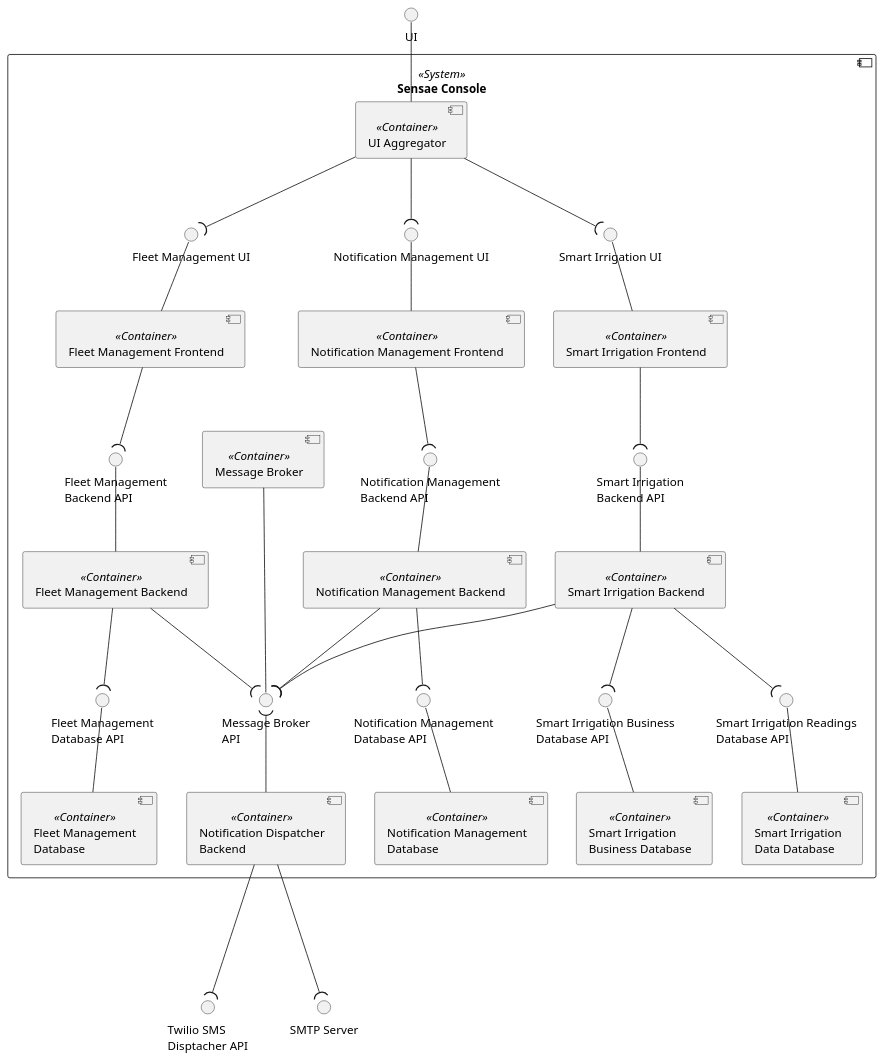
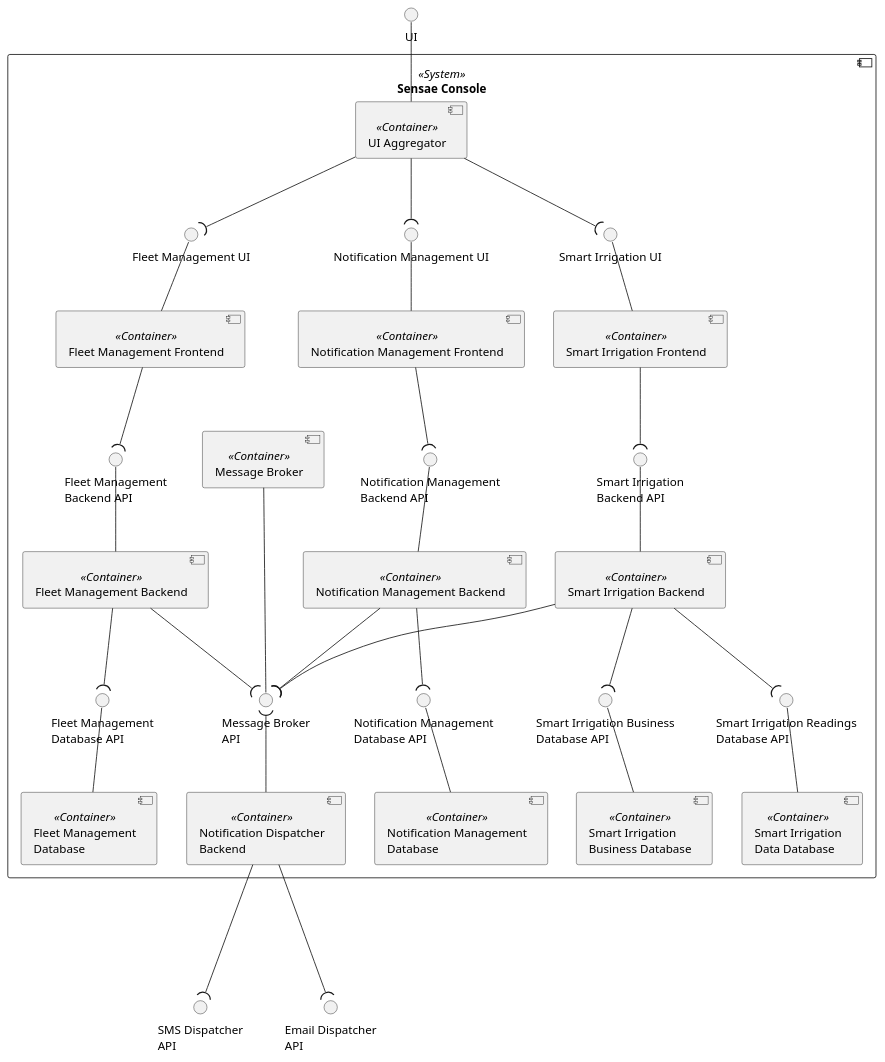
The diagram in assets/diagrams/design/architectural/level2/logical/service.pu (FilipeMCruz/dissertation), drawn with PlantUML before and after one commit. The commit also changed 77 other files, not shown here.

Commit message:
Added some more diagrams

```diff
--- a/assets/diagrams/design/architectural/level2/logical/service.pu
+++ b/assets/diagrams/design/architectural/level2/logical/service.pu
@@ -1,80 +1,80 @@
 @startuml service
 
 skinparam sequenceMessageAlign center
 skinparam Shadowing false
 skinparam componentStyle uml2
 skinparam packageStyle rectangle
 
 interface "UI" as UI
 
-interface "Twilio SMS\nDisptacher API" as SMS_ENDPOINT
-interface "SMTP Server" as SMTP_ENDPOINT
+interface "SMS Dispatcher\nAPI" as SMTP_ENDPOINT
+interface "Email Dispatcher\nAPI" as SMS_ENDPOINT
 
 component "Sensae Console" <<System>> {
     component "UI Aggregator" as UIAG <<Container>>
     component "Fleet Management Frontend" as LTF <<Container>>
     component "Smart Irrigation Frontend" as SIF <<Container>>
     component "Notification Management Frontend" as NOTIF_MAN_FRONT <<Container>>
 
     interface "Fleet Management UI" as LTF_API
     interface "Smart Irrigation UI" as SIF_API
     interface "Notification Management UI" as NOTIF_MAN_FRONT_API
 
     LTF_API -- LTF
     SIF_API -- SIF
     NOTIF_MAN_FRONT_API -- NOTIF_MAN_FRONT
 
     UIAG --( LTF_API
     UIAG --( SIF_API
     UIAG --( NOTIF_MAN_FRONT_API
 
     component "Message Broker" as MB <<Container>>
 
     component "Fleet Management Backend" as LTB <<Container>>
     component "Smart Irrigation Backend" as SIB <<Container>>
     component "Fleet Management\nDatabase" as QUESTDB <<Container>>
     component "Smart Irrigation\nData Database" as SIDDB <<Container>>
     component "Smart Irrigation\nBusiness Database" as SIBDB <<Container>>
 
     component "Notification Management Backend" as NOTIF_MAN_BACK <<Container>>
     component "Notification Management\nDatabase" as NOTIF_MAN_DB <<Container>>
     component "Notification Dispatcher\nBackend" as NOTIF_BACK <<Container>>
 
     interface "Message Broker\nAPI" as MB_API
     interface "Fleet Management\nBackend API" as LTB_API
     interface "Smart Irrigation\nBackend API" as SIB_API
     interface "Fleet Management\nDatabase API" as QUESTDB_API
     interface "Smart Irrigation Readings\nDatabase API" as SIDDB_API
     interface "Smart Irrigation Business\nDatabase API" as SIBDB_API
     interface "Notification Management\nBackend API" as NOTIF_MAN_BACK_API
     interface "Notification Management\nDatabase API" as NOTIF_MAN_DB_API
 
     LTB --( QUESTDB_API
     NOTIF_MAN_BACK --( NOTIF_MAN_DB_API
     SIB --( SIDDB_API
     SIB --( SIBDB_API
     MB --- MB_API
     NOTIF_MAN_BACK_API -- NOTIF_MAN_BACK
     LTB_API -- LTB
     SIB_API -- SIB
     UI -- UIAG
     QUESTDB_API -- QUESTDB
     NOTIF_MAN_DB_API -- NOTIF_MAN_DB
     SIDDB_API -- SIDDB
     SIBDB_API -- SIBDB
     LTF --( LTB_API
     SIF --( SIB_API
     NOTIF_MAN_FRONT --( NOTIF_MAN_BACK_API
 
     LTB --( MB_API
     SIB --( MB_API
     NOTIF_MAN_BACK --( MB_API
     MB_API )-- NOTIF_BACK
 
     NOTIF_BACK ---( SMS_ENDPOINT
     NOTIF_BACK ---( SMTP_ENDPOINT
 
     NOTIF_MAN_BACK -[hidden] SIB
 }
 
 @enduml
```
